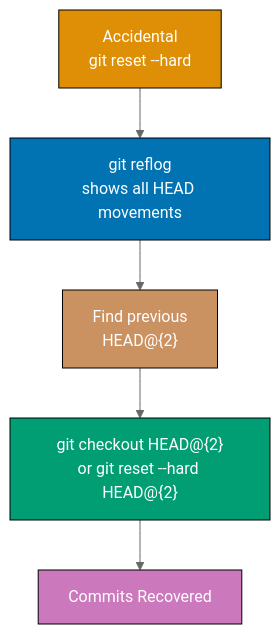
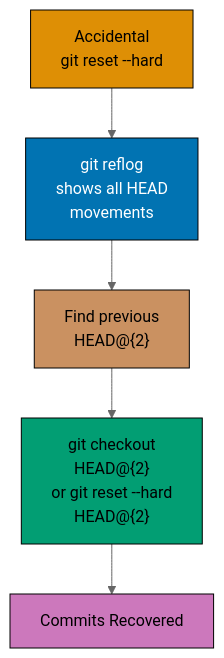
One commit to wahidyankf/ose-public changed the sixth of 10 diagrams in apps/ayokoding-www/content/en/learn/legacy/software-engineering/automation-tools/git/by-example/intermediate.md. Above: the diagram before and after it, drawn with Mermaid (neutral theme). The commit also changed other lines of this file and 131 other files, not shown here.

First line of the commit message:
fix(mermaid): bring the legacy data, infrastructure, and testing diagrams onto the accessible palette

````diff
--- a/apps/ayokoding-www/content/en/learn/legacy/software-engineering/automation-tools/git/by-example/intermediate.md
+++ b/apps/ayokoding-www/content/en/learn/legacy/software-engineering/automation-tools/git/by-example/intermediate.md
@@ -570,20 +602,28 @@
 ```mermaid
 %% Color Palette: Blue #0173B2, Orange #DE8F05, Teal #029E73, Purple #CC78BC, Brown #CA9161
 graph TD
+    accTitle: Example 40: git reflog
+    accDescr: Graph with 6 nodes and 6 connections. Nodes: A, 2, git reflog shows all HEAD movements, Find previous HEAD@2, D, Commits Recovered. Connections: A to 2, D to 2, A to git reflog shows all HEAD movements, git reflog shows all HEAD movements to Find previous HEAD@2, Find previous HEAD@2 to D, D to Commits Recovered.
     A["Accidental<br/>git reset --hard"]
-    B["git reflog<br/>shows all HEAD movements"]
+    B["git reflog<br/>shows all HEAD<br/>movements"]
     C["Find previous<br/>HEAD@{2}"]
-    D["git checkout HEAD@{2}<br/>or git reset --hard HEAD@{2}"]
+    D["git checkout<br/>HEAD@{2}<br/>or git reset --hard<br/>HEAD@{2}"]
     E["Commits Recovered"]
 
     A --> B
     B --> C
     C --> D
     D --> E
 
-    style A fill:#DE8F05,stroke:#000,color:#fff
-    style B fill:#0173B2,stroke:#000,color:#fff
-    style C fill:#CA9161,stroke:#000,color:#fff
-    style D fill:#029E73,stroke:#000,color:#fff
-    style E fill:#CC78BC,stroke:#000,color:#fff
+    classDef pal-DE8F05 fill:#DE8F05,stroke:#000000,color:#000000
+    class A pal-DE8F05
+    classDef pal-0173B2 fill:#0173B2,stroke:#000000,color:#FFFFFF
+    class B pal-0173B2
+    classDef pal-CA9161 fill:#CA9161,stroke:#000000,color:#000000
+    class C pal-CA9161
+    classDef pal-029E73 fill:#029E73,stroke:#000000,color:#000000
+    class D pal-029E73
+    classDef pal-CC78BC fill:#CC78BC,stroke:#000000,color:#000000
+    class E pal-CC78BC
+    classDef default fill:#FFFFFF,stroke:#000000,color:#000000
 ```
````
